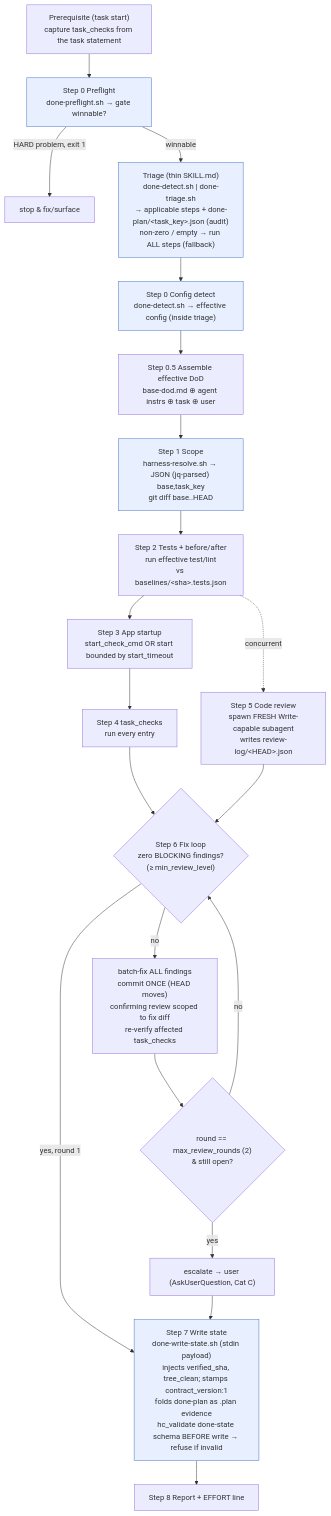
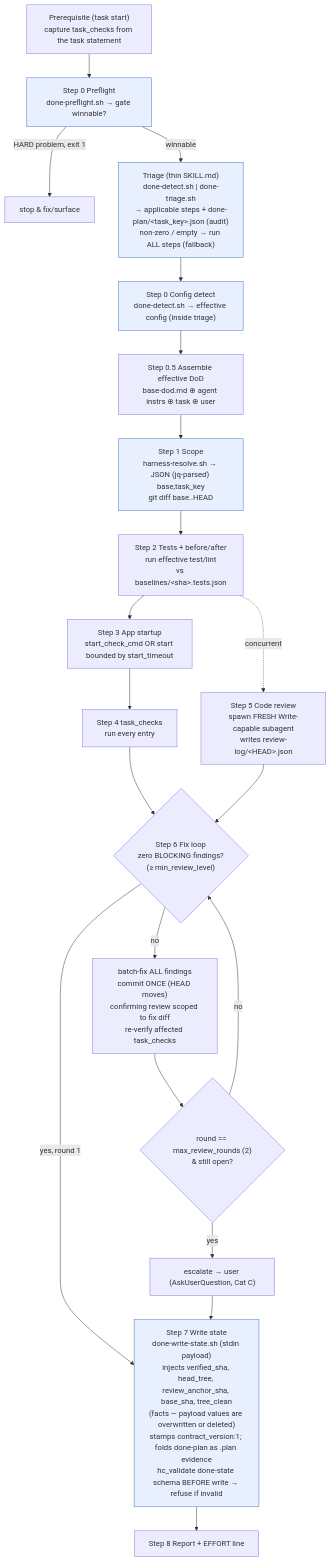
One commit to pehota/harlo changed the third of 10 diagrams in docs/architecture.md. Above: the diagram before and after it, drawn with Mermaid. The commit also changed other lines of this file and 1 other file, not shown here.

````diff
--- a/docs/architecture.md
+++ b/docs/architecture.md
@@ -217,25 +217,25 @@
 ```mermaid
 flowchart TD
   P["Prerequisite (task start)<br/>capture task_checks from the task statement"] --> S0PF
   S0PF["Step 0 Preflight<br/>done-preflight.sh → gate winnable?"] -->|HARD problem, exit 1| STOP["stop & fix/surface"]
   S0PF -->|winnable| TRI["Triage (thin SKILL.md)<br/>done-detect.sh | done-triage.sh<br/>→ applicable steps + done-plan/&lt;task_key&gt;.json (audit)<br/>non-zero / empty → run ALL steps (fallback)"]
   TRI --> S0["Step 0 Config detect<br/>done-detect.sh → effective config (inside triage)"]
   S0 --> S05["Step 0.5 Assemble effective DoD<br/>base-dod.md ⊕ agent instrs ⊕ task ⊕ user"]
   S05 --> S1["Step 1 Scope<br/>harness-resolve.sh → JSON (jq-parsed) base,task_key<br/>git diff base..HEAD"]
   S1 --> S2["Step 2 Tests + before/after<br/>run effective test/lint<br/>vs baselines/&lt;sha&gt;.tests.json"]
   S2 --> S3["Step 3 App startup<br/>start_check_cmd OR start bounded by start_timeout"]
   S3 --> S4["Step 4 task_checks<br/>run every entry"]
   S2 -.concurrent.-> S5["Step 5 Code review<br/>spawn FRESH Write-capable subagent<br/>writes review-log/&lt;HEAD&gt;.json"]
   S4 --> S6
   S5 --> S6{"Step 6 Fix loop<br/>zero BLOCKING findings?<br/>(≥ min_review_level)"}
   S6 -->|yes, round 1| S7
   S6 -->|no| FIX["batch-fix ALL findings<br/>commit ONCE (HEAD moves)<br/>confirming review scoped to fix diff<br/>re-verify affected task_checks"]
   FIX --> CAP{"round == max_review_rounds (2)<br/>& still open?"}
   CAP -->|no| S6
   CAP -->|yes| ESC["escalate → user (AskUserQuestion, Cat C)"]
   ESC --> S7
-  S7["Step 7 Write state<br/>done-write-state.sh (stdin payload)<br/>injects verified_sha, tree_clean; stamps contract_version:1<br/>folds done-plan as .plan evidence<br/>hc_validate done-state schema BEFORE write → refuse if invalid"] --> S8["Step 8 Report + EFFORT line"]
+  S7["Step 7 Write state<br/>done-write-state.sh (stdin payload)<br/>injects verified_sha, head_tree, review_anchor_sha, base_sha, tree_clean<br/>(facts — payload values are overwritten or deleted)<br/>stamps contract_version:1; folds done-plan as .plan evidence<br/>hc_validate done-state schema BEFORE write → refuse if invalid"] --> S8["Step 8 Report + EFFORT line"]
 
   classDef script fill:#e8f0ff,stroke:#4472c4;
   class S0PF,TRI,S0,S1,S7 script;
 ```
````
